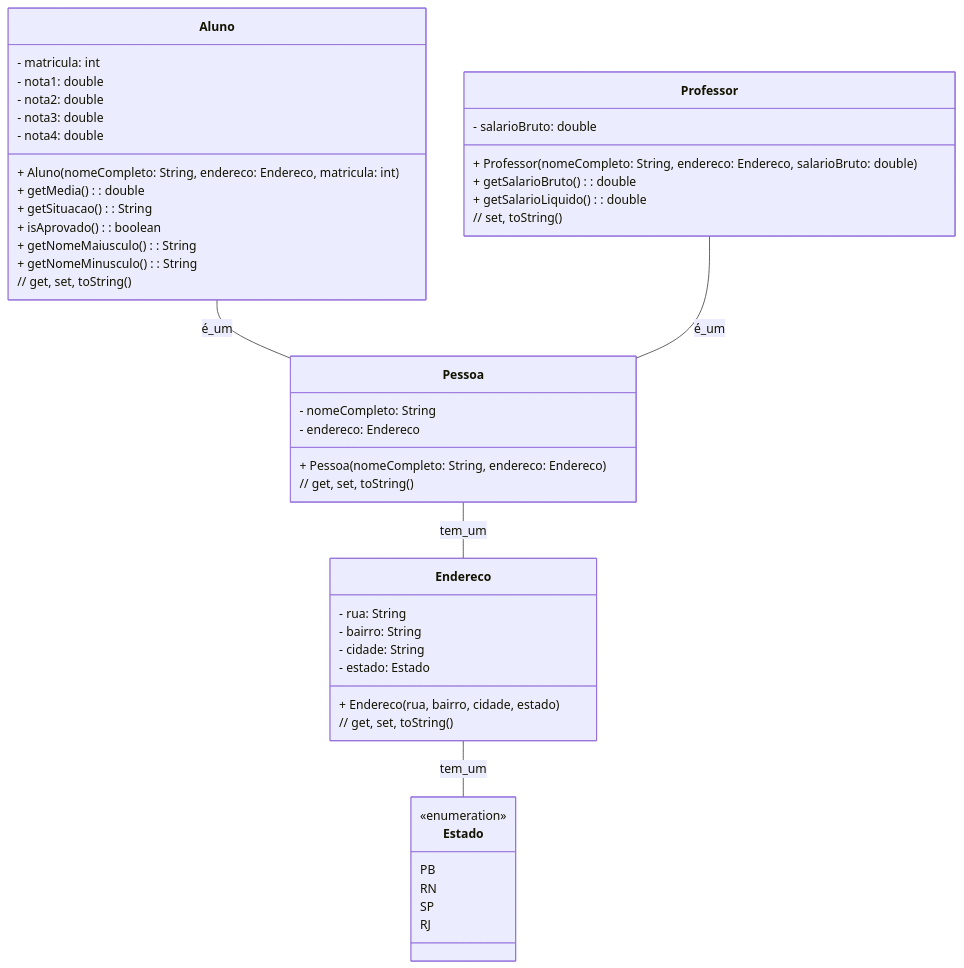
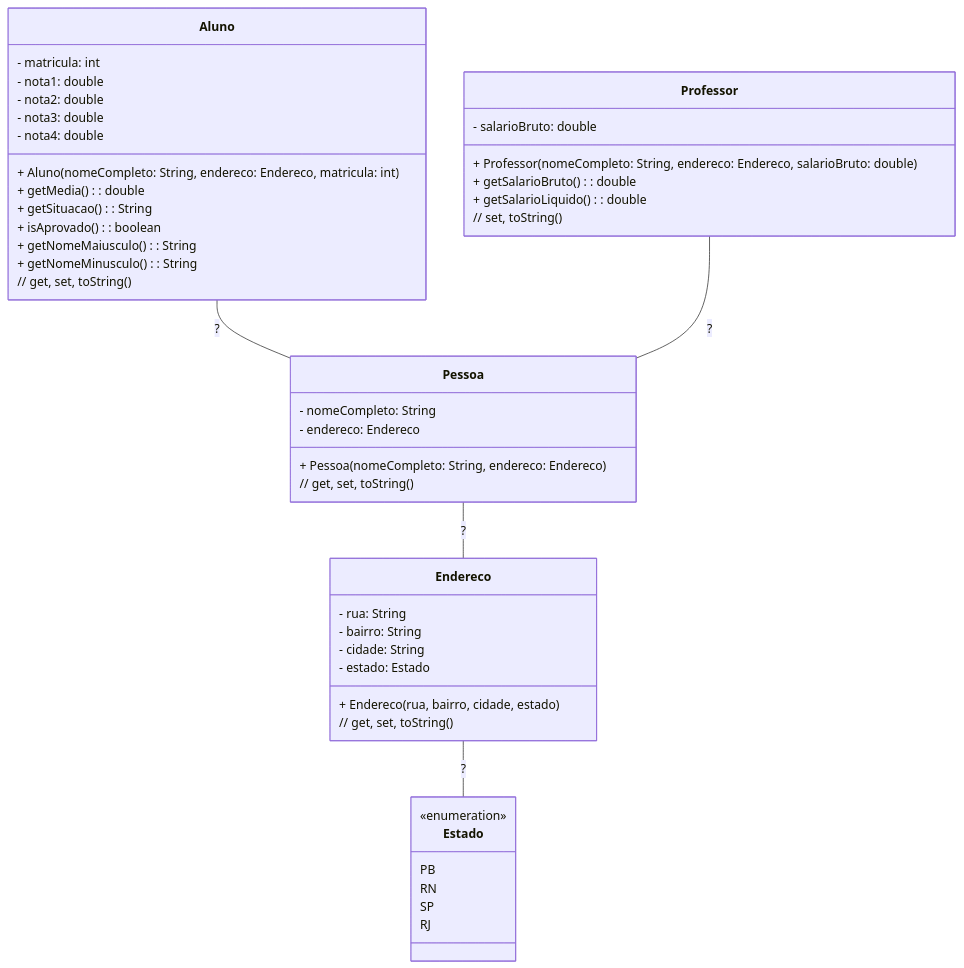
One commit to ap3ufersa/ap3_2026.1_xicoArruda changed the diagram in unidade3/aula11/2.1_pessoa_aps.md. Above: the diagram before and after it, drawn with Mermaid. The commit also changed 2 other files, not shown here.

Commit message:
Ignore Maven compile lists; adjust aula11 docs
Add .gitignore entries to exclude Maven compiler plugin files (createdFiles.lst and inputFiles.lst) under unidade3/gabaritos/aula11/cadastro-heranca-javafx/target. Change the heading level for '3. Modelagem de veículos' in unidade3/aula11.md and replace the relationship labels in unidade3/aula11/2.1_pessoa_aps.md (previously 'é_um'/'tem_um') with '?' placeholders to mark them as unspecified.

````diff
--- a/unidade3/aula11/2.1_pessoa_aps.md
+++ b/unidade3/aula11/2.1_pessoa_aps.md
@@ -18,56 +18,56 @@
 ```mermaid
 classDiagram
 direction TB
 
 class Pessoa {
     - nomeCompleto: String
     - endereco: Endereco
     + Pessoa(nomeCompleto: String, endereco: Endereco)
     // get, set, toString()
 }
 
 class Aluno {
     - matricula: int
     - nota1: double
     - nota2: double
     - nota3: double
     - nota4: double
     + Aluno(nomeCompleto: String, endereco: Endereco, matricula: int)
     + getMedia(): double
     + getSituacao(): String
     + isAprovado(): boolean
     + getNomeMaiusculo(): String
     + getNomeMinusculo(): String
     // get, set, toString()
 }
 
 class Professor {
     - salarioBruto: double
     + Professor(nomeCompleto: String, endereco: Endereco, salarioBruto: double)
     + getSalarioBruto(): double
     + getSalarioLiquido(): double
     // set, toString()
 }
 
 class Endereco {
     - rua: String
     - bairro: String
     - cidade: String
     - estado: Estado
     + Endereco(rua, bairro, cidade, estado)
     // get, set, toString()
 }
 
 class Estado {
     <<enumeration>>
     PB
     RN
     SP
     RJ
 }
 
-Aluno     -- Pessoa  : é_um
-Professor -- Pessoa  : é_um
-Pessoa    -- Endereco : tem_um
-Endereco  -- Estado   : tem_um
+Aluno     -- Pessoa  : ?
+Professor -- Pessoa  : ?
+Pessoa    -- Endereco : ?
+Endereco  -- Estado   : ?
 ```
````
